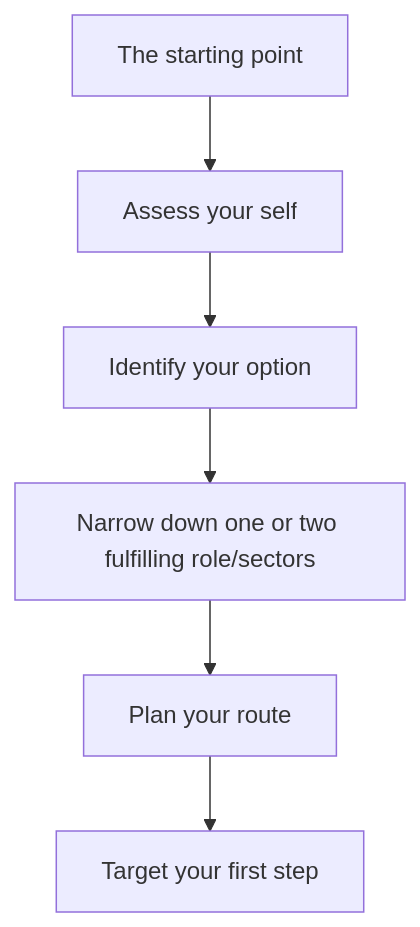
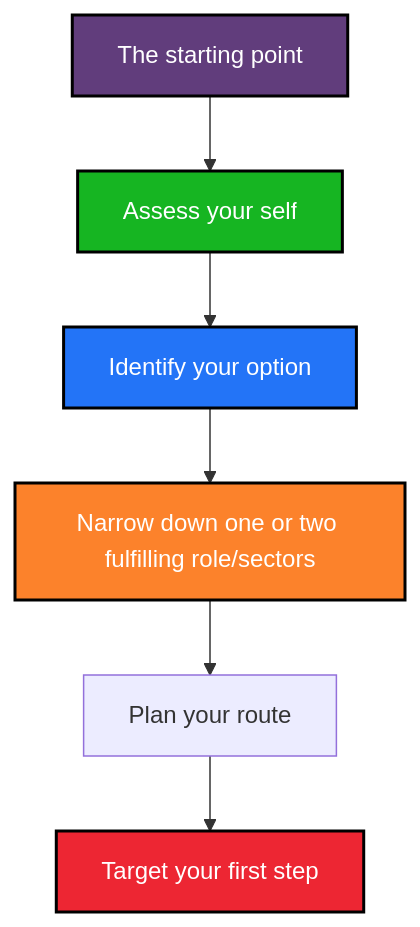
The third of 3 diagrams in README.md (arulhuw/pd), drawn with Mermaid before and after one commit.

Commit message:
finished task4

````diff
--- a/README.md
+++ b/README.md
@@ -124,9 +124,16 @@
 ```mermaid
 flowchart 
+classDef blue fill:#2374f7,stroke:#000,stroke-width:2px,color:#fff
+classDef purple fill:#613d7c,stroke:#000,stroke-width:2px,color:#fff
+classDef pink fill:#eb3dd6,stroke:#000,stroke-width:2px,color:#fff
+classDef orange fill:#fc822b,stroke:#000,stroke-width:2px,color:#fff
+classDef red fill:#ed2633,stroke:#000,stroke-width:2px,color:#fff
+classDef green fill:#16b522,stroke:#000,stroke-width:2px,color:#fff
 
-A[The starting point] --> B[Assess your self]
-B --> C[Identify your option ]
-C --> D[Narrow down one or two fulfilling role/sectors]
+
+A[The starting point]:::purple --> B[Assess your self]:::green
+B --> C[Identify your option ]:::blue
+C --> D[Narrow down one or two fulfilling role/sectors]:::orange
 D --> E[Plan your route]
-E --> F[Target your first step]
+E --> F[Target your first step]:::red
 ```
````
